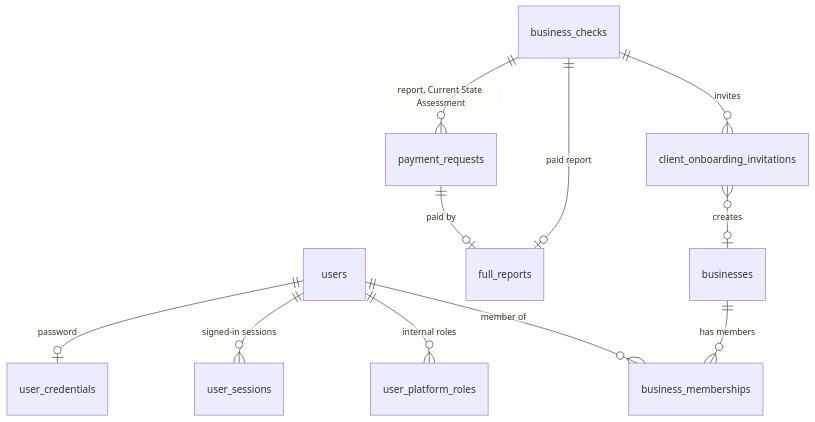
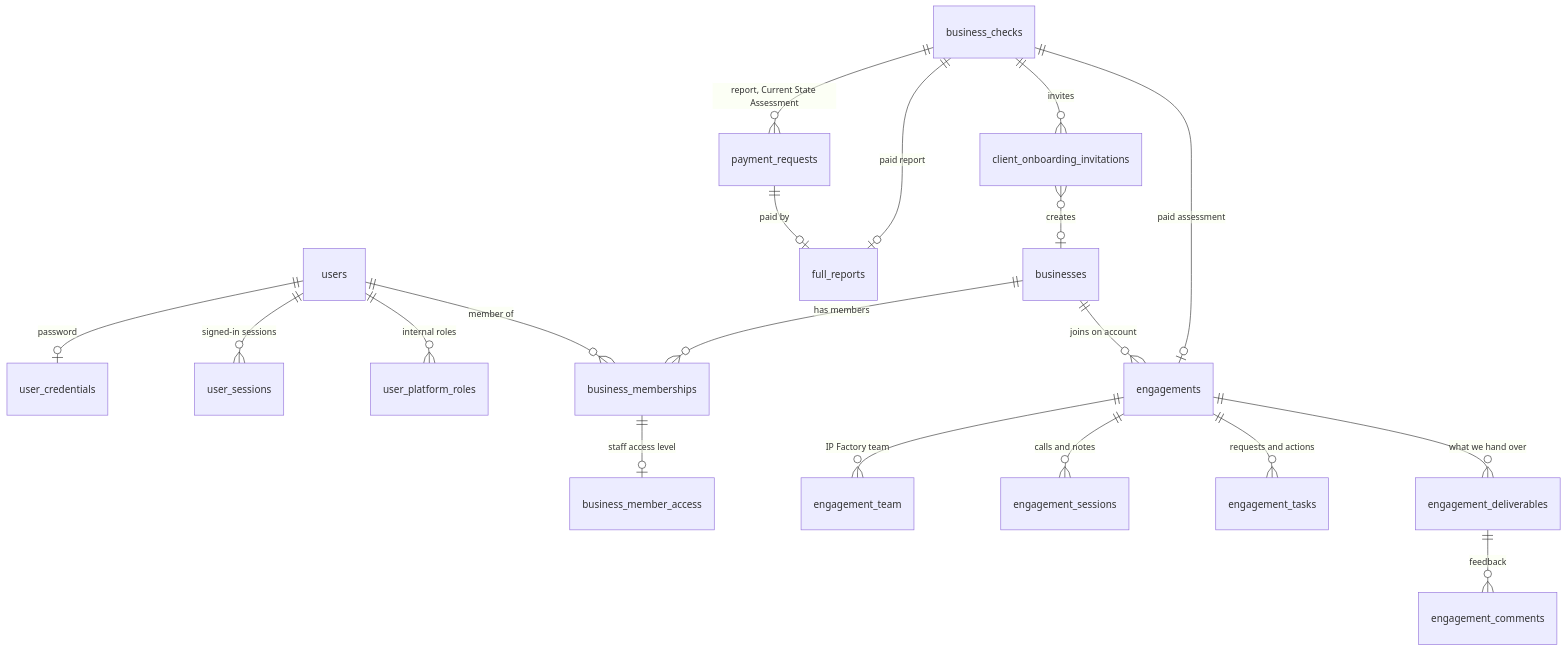
The diagram in docs/product/05-backend-schema.md (IPfactory01/IPF-SME), drawn with Mermaid before and after one commit. The commit also changed other lines of this file and 33 other files, not shown here.

````diff
--- a/docs/product/05-backend-schema.md
+++ b/docs/product/05-backend-schema.md
@@ -12,13 +12,21 @@
 ```mermaid
 erDiagram
   users ||--o| user_credentials : "password"
   users ||--o{ user_sessions : "signed-in sessions"
   users ||--o{ user_platform_roles : "internal roles"
   users ||--o{ business_memberships : "member of"
   businesses ||--o{ business_memberships : "has members"
   business_checks ||--o{ payment_requests : "report, Current State Assessment"
   business_checks ||--o| full_reports : "paid report"
   payment_requests ||--o| full_reports : "paid by"
   business_checks ||--o{ client_onboarding_invitations : "invites"
   client_onboarding_invitations }o--o| businesses : "creates"
+  business_checks ||--o| engagements : "paid assessment"
+  businesses ||--o{ engagements : "joins on account"
+  engagements ||--o{ engagement_team : "IP Factory team"
+  engagements ||--o{ engagement_sessions : "calls and notes"
+  engagements ||--o{ engagement_tasks : "requests and actions"
+  engagements ||--o{ engagement_deliverables : "what we hand over"
+  engagement_deliverables ||--o{ engagement_comments : "feedback"
+  business_memberships ||--o| business_member_access : "staff access level"
 ```
````
